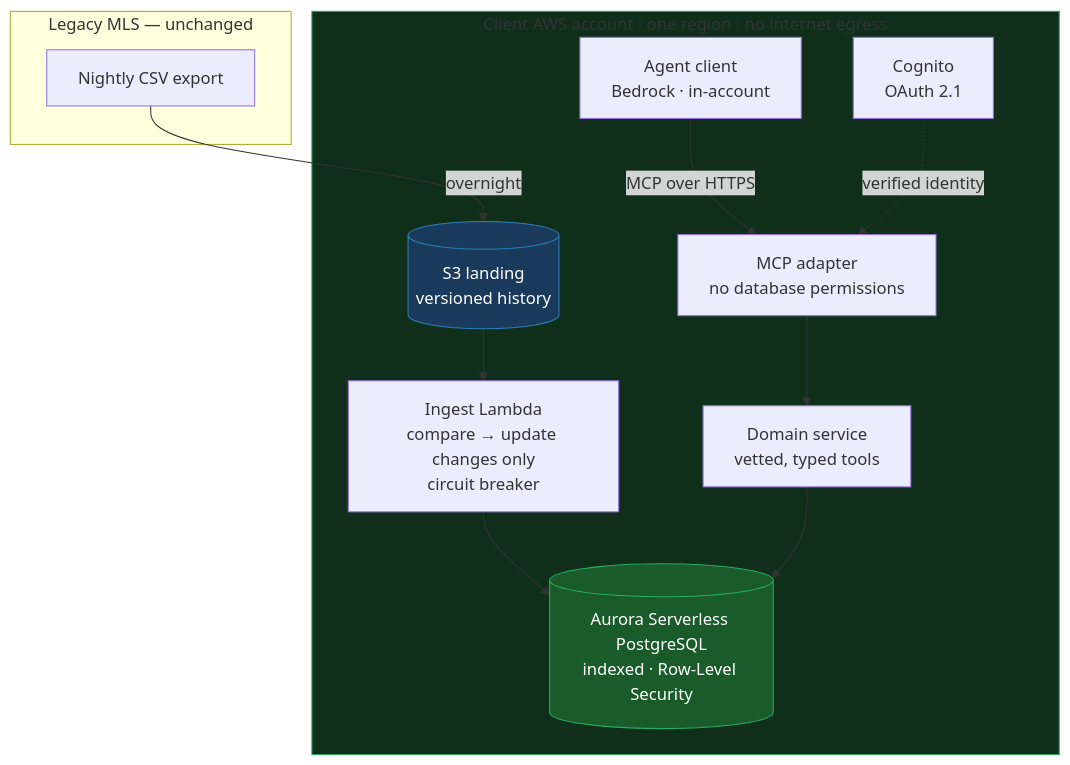
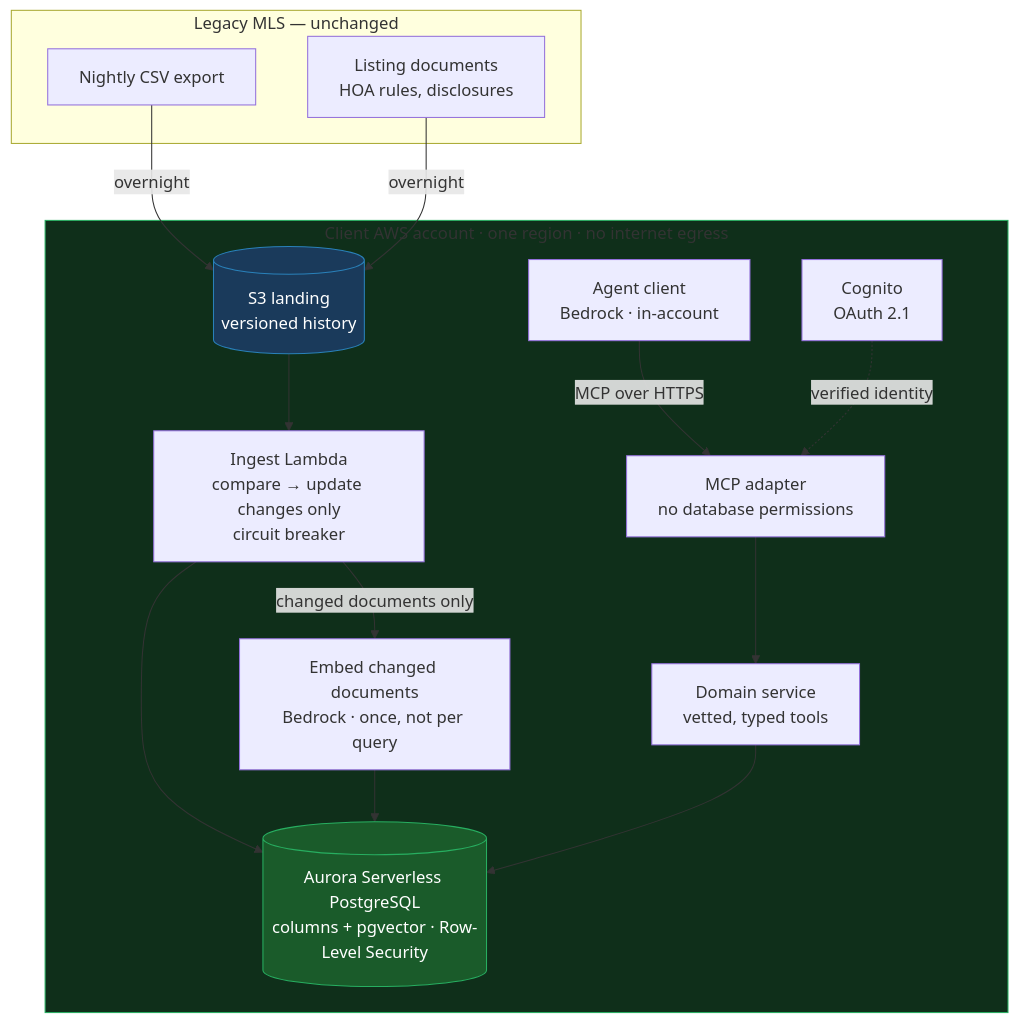
The fifth of 5 diagrams in RESPONSE.md (hualcosa/lucio-interview), drawn with Mermaid before and after one commit. The commit also changed other lines of this file and 4 other files, not shown here.

````diff
--- a/RESPONSE.md
+++ b/RESPONSE.md
@@ -544,26 +622,30 @@
 ```mermaid
 flowchart TB
   subgraph legacy["Legacy MLS — unchanged"]
     L["Nightly CSV export"]
+    D["Listing documents<br/>HOA rules, disclosures"]
   end
 
   subgraph aws["Client AWS account · one region · no internet egress"]
     S3[("S3 landing<br/>versioned history")]
     ING["Ingest Lambda<br/>compare → update changes only<br/>circuit breaker"]
-    DB[("Aurora Serverless PostgreSQL<br/>indexed · Row-Level Security")]
+    EMB["Embed changed documents<br/>Bedrock · once, not per query"]
+    DB[("Aurora Serverless PostgreSQL<br/>columns + pgvector · Row-Level Security")]
     MCP["MCP adapter<br/>no database permissions"]
     DOM["Domain service<br/>vetted, typed tools"]
     AG["Agent client<br/>Bedrock · in-account"]
     COG["Cognito<br/>OAuth 2.1"]
   end
 
   L -->|"overnight"| S3
+  D -->|"overnight"| S3
   S3 --> ING --> DB
+  ING -->|"changed documents only"| EMB --> DB
   AG -->|"MCP over HTTPS"| MCP
   COG -.->|"verified identity"| MCP
   MCP --> DOM --> DB
 
   style DB fill:#1a5b2a,stroke:#27ae60,color:#fff
   style S3 fill:#1a3a5b,stroke:#2980b9,color:#fff
   style aws fill:#0f2f1a,stroke:#27ae60
 ```
````
